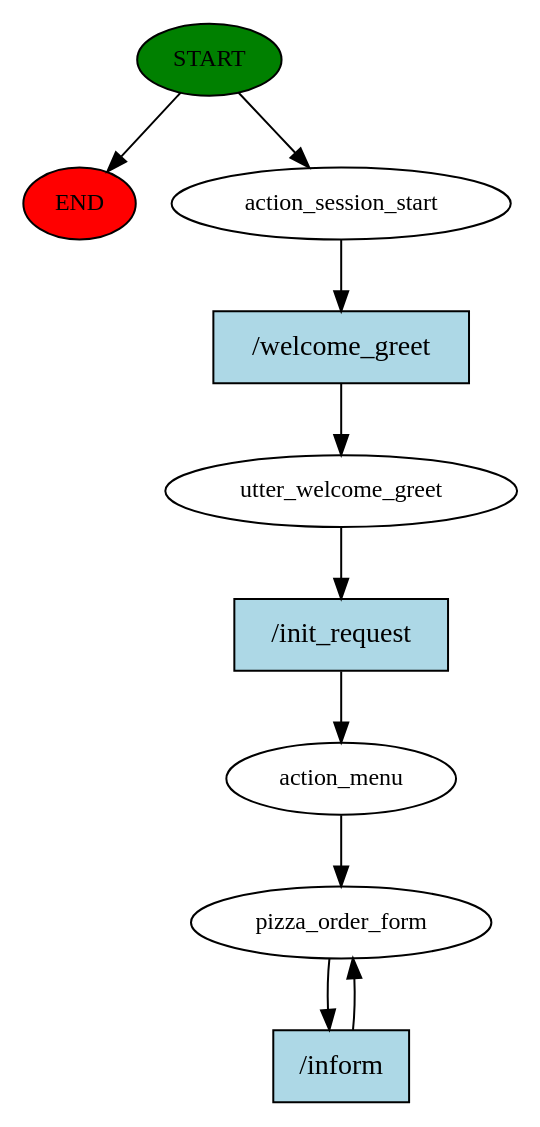
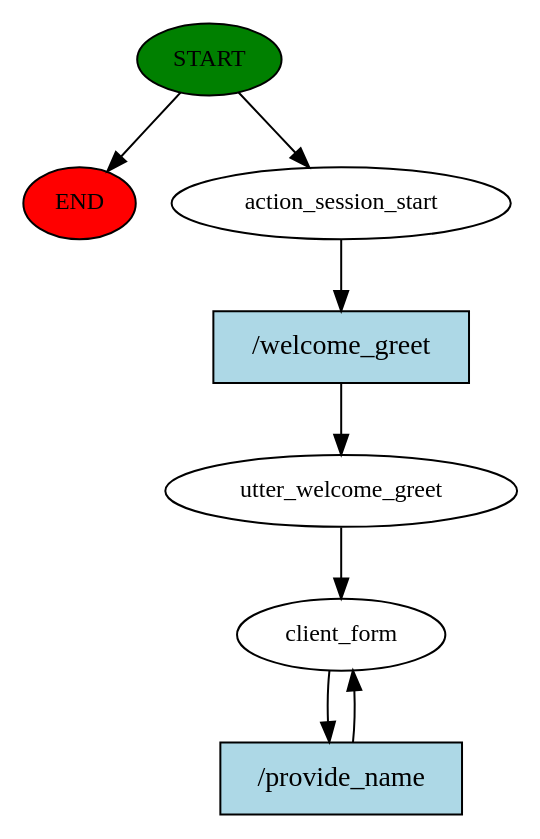
Before and after one commit to albertocasagrande99/TarantellaBot: the diagram in story_graph.dot, drawn with Graphviz. The commit also changed 6 other files, not shown here.

```diff
--- a/story_graph.dot
+++ b/story_graph.dot
@@ -1,20 +1,16 @@
 digraph  {
 0 [class="start active", fillcolor=green, fontsize=12, label=START, style=filled];
 "-1" [class=end, fillcolor=red, fontsize=12, label=END, style=filled];
 1 [class=active, fontsize=12, label=action_session_start];
 2 [class=active, fontsize=12, label=utter_welcome_greet];
-3 [class=active, fontsize=12, label=action_menu];
-4 [class="active dashed", fontsize=12, label=pizza_order_form];
-6 [class="intent active", fillcolor=lightblue, label="/welcome_greet", shape=rect, style=filled];
-7 [class="intent active", fillcolor=lightblue, label="/init_request", shape=rect, style=filled];
-8 [class="intent active", fillcolor=lightblue, label="/inform", shape=rect, style=filled];
+3 [class="active dashed", fontsize=12, label=client_form];
+5 [class="intent active", fillcolor=lightblue, label="/welcome_greet", shape=rect, style=filled];
+6 [class="intent active", fillcolor=lightblue, label="/provide_name", shape=rect, style=filled];
 0 -> "-1"  [class="", key=NONE, label=""];
 0 -> 1  [class=active, key=NONE, label=""];
-1 -> 6  [class=active, key=0];
-2 -> 7  [class=active, key=0];
-3 -> 4  [class=active, key=NONE, label=""];
-4 -> 8  [class=active, key=0];
-6 -> 2  [class=active, key=0];
-7 -> 3  [class=active, key=0];
-8 -> 4  [class=active, key=0];
+1 -> 5  [class=active, key=0];
+2 -> 3  [class=active, key=NONE, label=""];
+3 -> 6  [class=active, key=0];
+5 -> 2  [class=active, key=0];
+6 -> 3  [class=active, key=0];
 }
```
